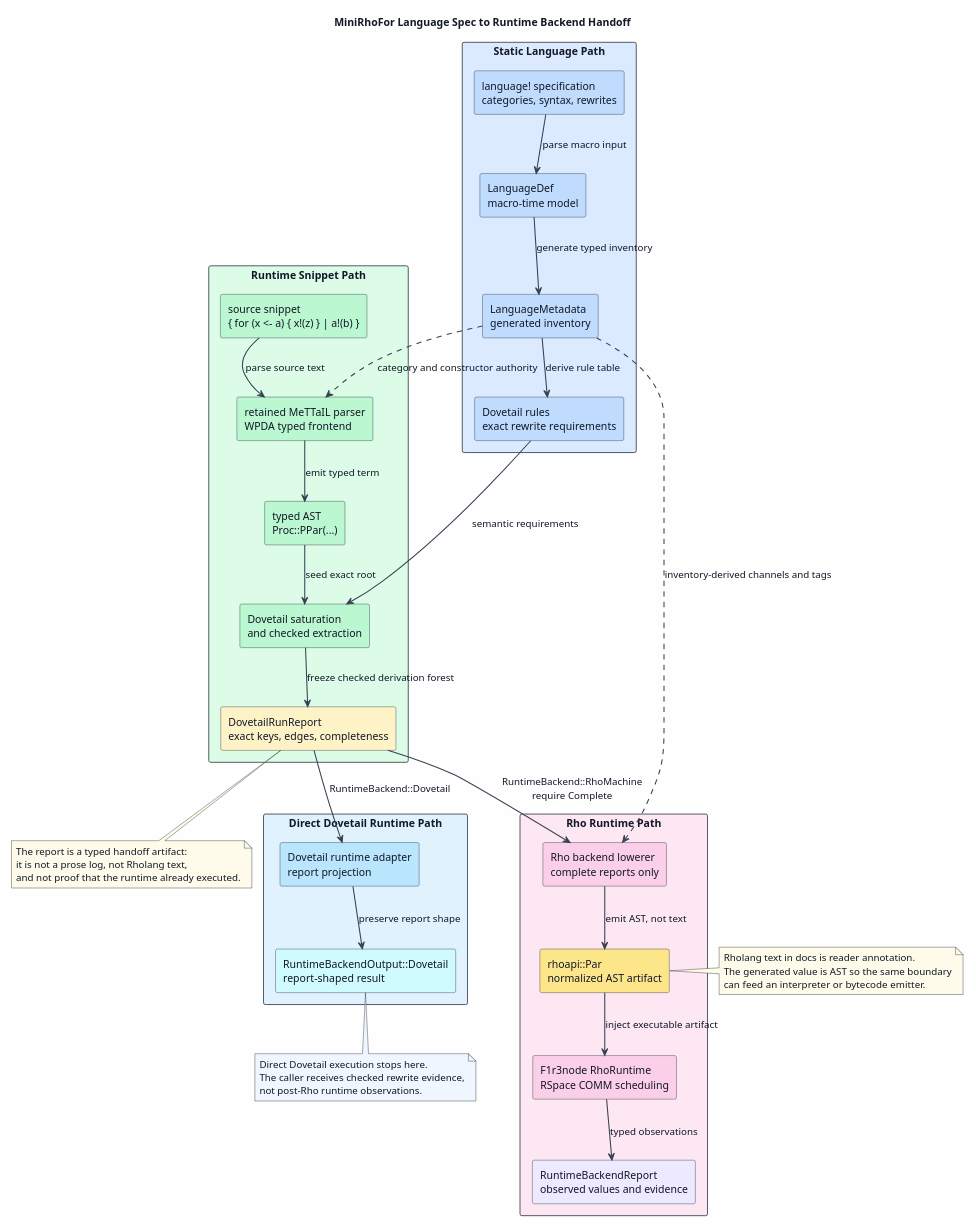
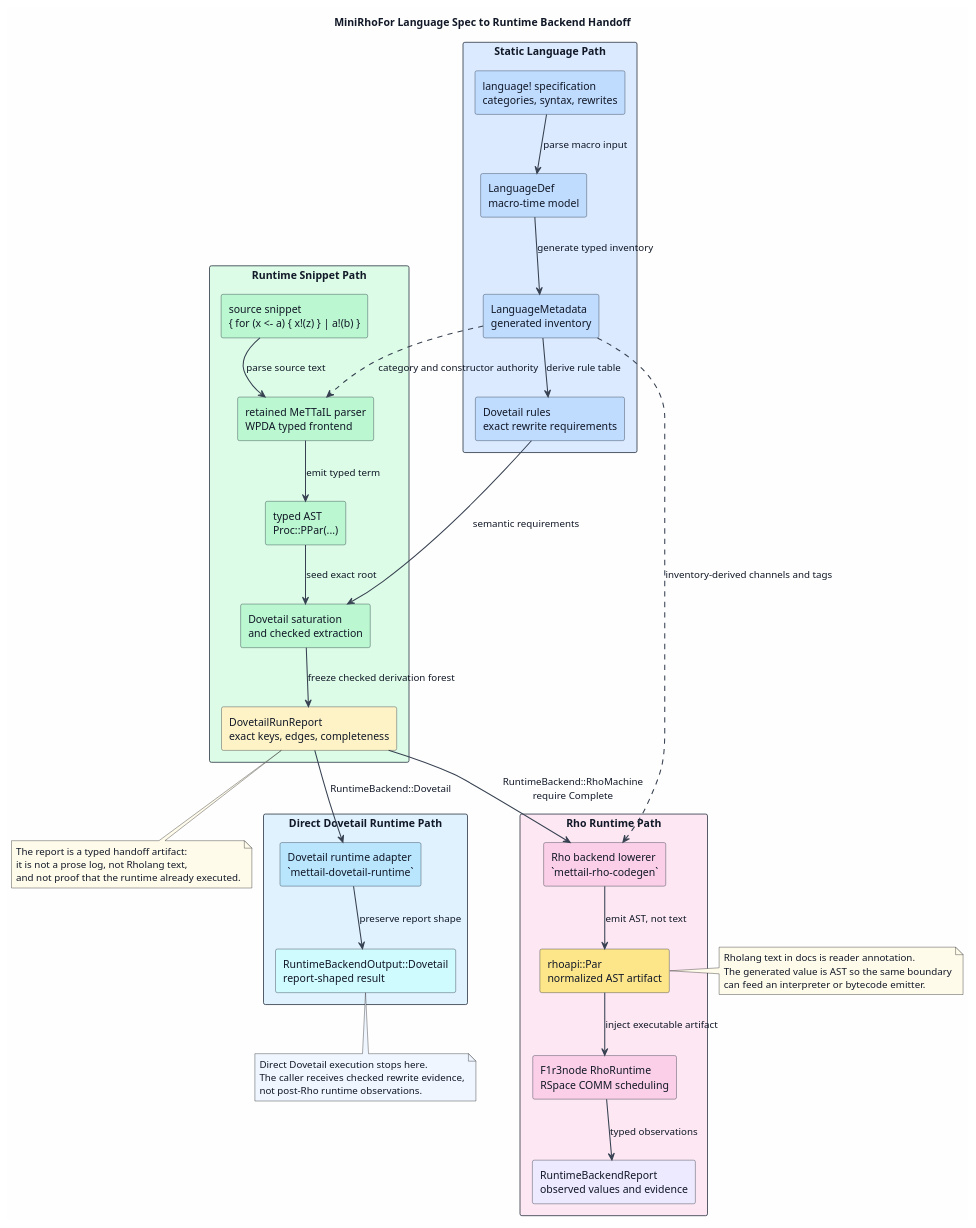
The diagram in docs/architecture/dovetail/figures/10-minirho-end-to-end.puml (F1R3FLY-io/mettail-rust), drawn with PlantUML before and after one commit. The commit also changed 11 other files, not shown here.

First line of the commit message:
Refine diagram actors: name owning crates, fix misattributions (DOC-6)

```diff
--- a/docs/architecture/dovetail/figures/10-minirho-end-to-end.puml
+++ b/docs/architecture/dovetail/figures/10-minirho-end-to-end.puml
@@ -1,79 +1,79 @@
 @startuml
 title MiniRhoFor Language Spec to Runtime Backend Handoff
 
 skinparam backgroundColor #FEFEFE
 skinparam shadowing false
 skinparam ArrowColor #374151
 skinparam ArrowThickness 1.4
 skinparam defaultFontColor #111827
 skinparam rectangle {
   BorderColor #1F2937
   FontColor #111827
 }
 
 rectangle "Static Language Path" as StaticPath #DBEAFE {
   rectangle "language! specification\ncategories, syntax, rewrites" as Spec #BFDBFE
   rectangle "LanguageDef\nmacro-time model" as LangDef #BFDBFE
   rectangle "LanguageMetadata\ngenerated inventory" as Metadata #BFDBFE
   rectangle "Dovetail rules\nexact rewrite requirements" as Rules #BFDBFE
 }
 
 rectangle "Runtime Snippet Path" as RuntimePath #DCFCE7 {
   rectangle "source snippet\n{ for (x <- a) { x!(z) } | a!(b) }" as Source #BBF7D0
   rectangle "retained MeTTaIL parser\nWPDA typed frontend" as Parser #BBF7D0
   rectangle "typed AST\nProc::PPar(...)" as TypedAst #BBF7D0
   rectangle "Dovetail saturation\nand checked extraction" as Dovetail #BBF7D0
   rectangle "DovetailRunReport\nexact keys, edges, completeness" as Report #FEF3C7
 }
 
 rectangle "Direct Dovetail Runtime Path" as DirectPath #E0F2FE {
-  rectangle "Dovetail runtime adapter\nreport projection" as DirectAdapter #BAE6FD
+  rectangle "Dovetail runtime adapter\n`mettail-dovetail-runtime`" as DirectAdapter #BAE6FD
   rectangle "RuntimeBackendOutput::Dovetail\nreport-shaped result" as DirectOutput #CFFAFE
 }
 
 rectangle "Rho Runtime Path" as RhoPath #FCE7F3 {
-  rectangle "Rho backend lowerer\ncomplete reports only" as Lowerer #FBCFE8
+  rectangle "Rho backend lowerer\n`mettail-rho-codegen`" as Lowerer #FBCFE8
   rectangle "rhoapi::Par\nnormalized AST artifact" as Par #FDE68A
   rectangle "F1r3node RhoRuntime\nRSpace COMM scheduling" as Runtime #FBCFE8
   rectangle "RuntimeBackendReport\nobserved values and evidence" as RuntimeReport #EDE9FE
 }
 
 Spec --> LangDef : parse macro input
 LangDef --> Metadata : generate typed inventory
 Metadata --> Rules : derive rule table
 Rules --> Dovetail : semantic requirements
 
 Source --> Parser : parse source text
 Parser --> TypedAst : emit typed term
 TypedAst --> Dovetail : seed exact root
 Dovetail --> Report : freeze checked derivation forest
 
 Report --> DirectAdapter : RuntimeBackend::Dovetail
 DirectAdapter --> DirectOutput : preserve report shape
 
 Report --> Lowerer : RuntimeBackend::RhoMachine\nrequire Complete
 Lowerer --> Par : emit AST, not text
 Par --> Runtime : inject executable artifact
 Runtime --> RuntimeReport : typed observations
 
 Metadata ..> Parser : category and constructor authority
 Metadata ..> Lowerer : inventory-derived channels and tags
 
 note bottom of Report #FFFBEB
   The report is a typed handoff artifact:
   it is not a prose log, not Rholang text,
   and not proof that the runtime already executed.
 end note
 
 note bottom of DirectOutput #EFF6FF
   Direct Dovetail execution stops here.
   The caller receives checked rewrite evidence,
   not post-Rho runtime observations.
 end note
 
 note right of Par #FFFBEB
   Rholang text in docs is reader annotation.
   The generated value is AST so the same boundary
   can feed an interpreter or bytecode emitter.
 end note
 @enduml
```
